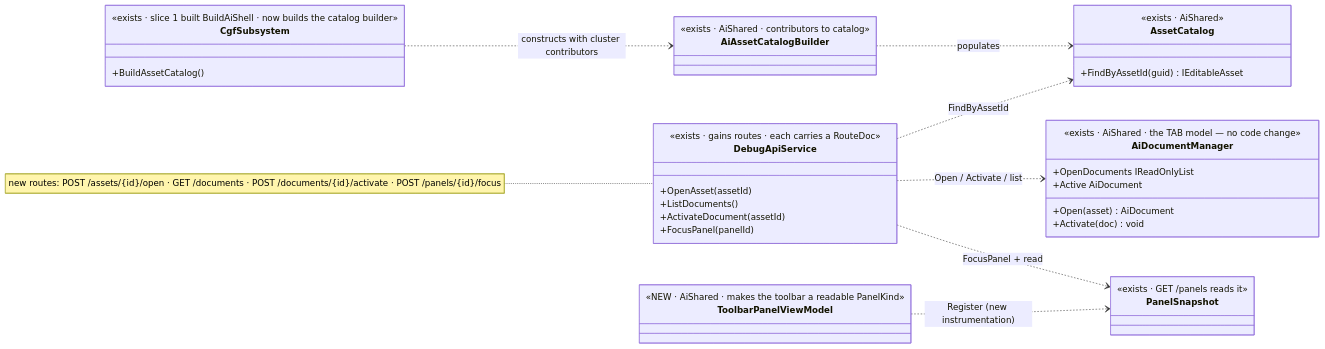
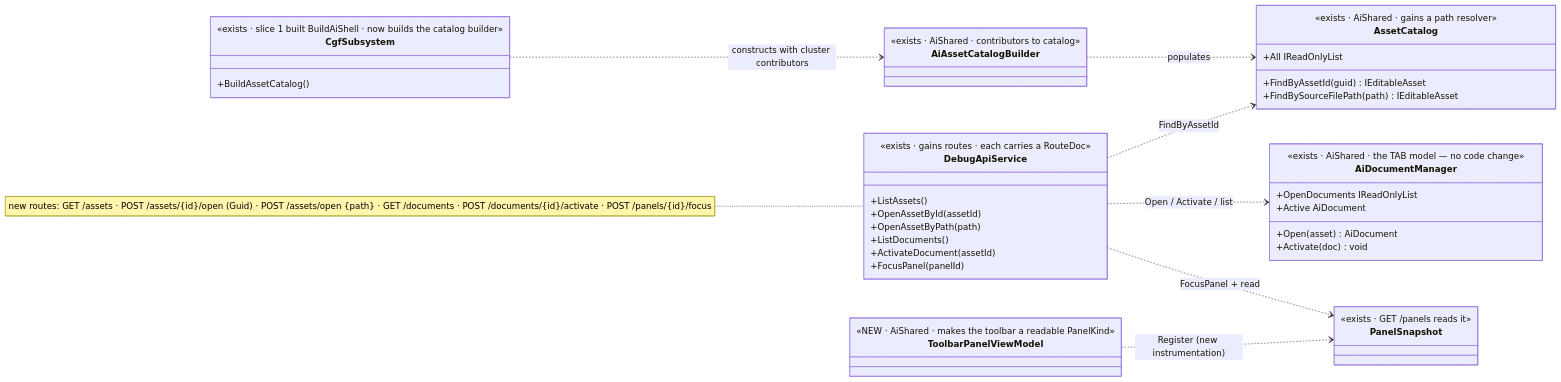
Before and after one commit to pjanec/HROT: the first of 2 diagrams in docs/DESIGN_Cgf_Editor_Sharing_Slice2_Open_Asset.md, drawn with Mermaid. The commit also changed other lines of this file, not shown here.

First line of the commit message:
design(slice2): asset addressing & folders — Guid is the URL-safe key, path travels in the body

````diff
--- a/docs/DESIGN_Cgf_Editor_Sharing_Slice2_Open_Asset.md
+++ b/docs/DESIGN_Cgf_Editor_Sharing_Slice2_Open_Asset.md
@@ -59,42 +74,46 @@
 ```mermaid
 classDiagram
     direction LR
     class CgfSubsystem {
         <<exists · slice 1 built BuildAiShell · now builds the catalog builder>>
         +BuildAssetCatalog()
     }
     class AiAssetCatalogBuilder {
         <<exists · AiShared · contributors to catalog>>
     }
     class AssetCatalog {
-        <<exists · AiShared>>
+        <<exists · AiShared · gains a path resolver>>
         +FindByAssetId(guid) IEditableAsset
+        +FindBySourceFilePath(path) IEditableAsset
+        +All IReadOnlyList
     }
     class AiDocumentManager {
         <<exists · AiShared · the TAB model — no code change>>
         +Open(asset) AiDocument
         +Activate(doc) void
         +OpenDocuments IReadOnlyList
         +Active AiDocument
     }
     class DebugApiService {
         <<exists · gains routes · each carries a RouteDoc>>
-        +OpenAsset(assetId)
+        +ListAssets()
+        +OpenAssetById(assetId)
+        +OpenAssetByPath(path)
         +ListDocuments()
         +ActivateDocument(assetId)
         +FocusPanel(panelId)
     }
     class ToolbarPanelViewModel {
         <<NEW · AiShared · makes the toolbar a readable PanelKind>>
     }
     class PanelSnapshot {
         <<exists · GET /panels reads it>>
     }
     CgfSubsystem ..> AiAssetCatalogBuilder : constructs with cluster contributors
     AiAssetCatalogBuilder ..> AssetCatalog : populates
     DebugApiService ..> AssetCatalog : FindByAssetId
     DebugApiService ..> AiDocumentManager : Open / Activate / list
     DebugApiService ..> PanelSnapshot : FocusPanel + read
     ToolbarPanelViewModel ..> PanelSnapshot : Register (new instrumentation)
-    note for DebugApiService "new routes: POST /assets/{id}/open · GET /documents · POST /documents/{id}/activate · POST /panels/{id}/focus"
+    note for DebugApiService "new routes: GET /assets · POST /assets/{id}/open (Guid) · POST /assets/open {path} · GET /documents · POST /documents/{id}/activate · POST /panels/{id}/focus"
 ```
````
